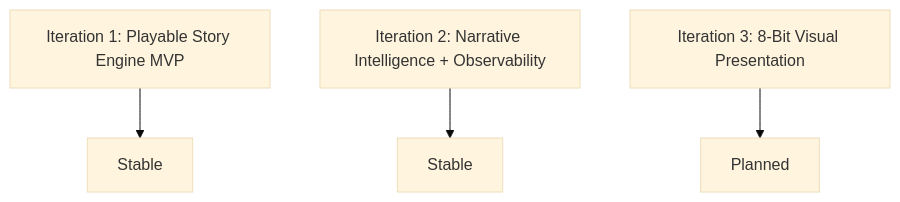
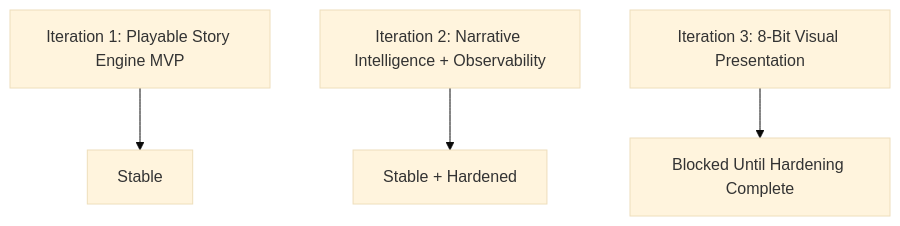
The second of 3 diagrams in README.md (aamir-nus/lumina-quest), drawn with Mermaid (base theme) before and after one commit. The commit also changed other lines of this file and 8 other files, not shown here.

````diff
--- a/README.md
+++ b/README.md
@@ -26,6 +20,6 @@
 ```mermaid
 flowchart TD
   I1["Iteration 1: Playable Story Engine MVP"] --> S1["Stable"]
-  I2["Iteration 2: Narrative Intelligence + Observability"] --> S2["Stable"]
-  I3["Iteration 3: 8-Bit Visual Presentation"] --> S3["Planned"]
+  I2["Iteration 2: Narrative Intelligence + Observability"] --> S2["Stable + Hardened"]
+  I3["Iteration 3: 8-Bit Visual Presentation"] --> S3["Blocked Until Hardening Complete"]
 ```
````
